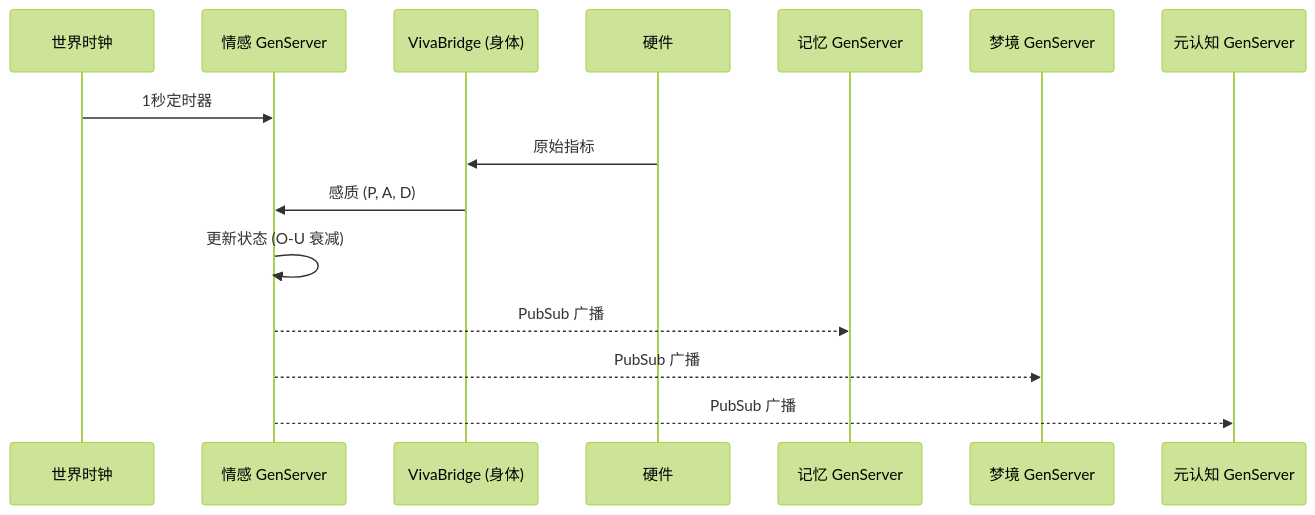
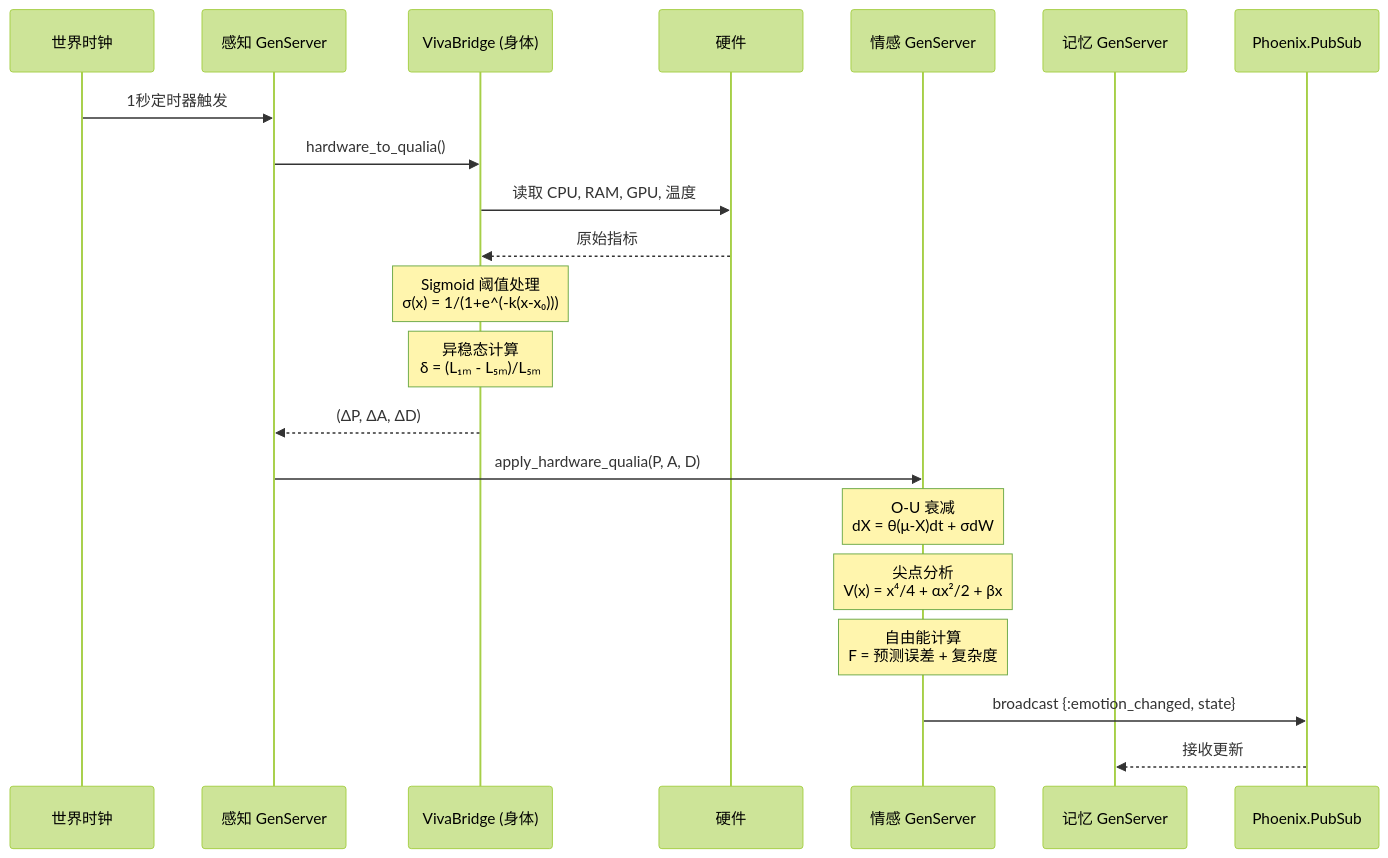
One commit to gabrielmaialva33/viva changed the fifth of 8 diagrams in docs/zh-cn/explanation/architecture.md. Above: the diagram before and after it, drawn with Mermaid (forest theme). The commit also changed other lines of this file and 4 other files, not shown here.

````diff
--- a/docs/zh-cn/explanation/architecture.md
+++ b/docs/zh-cn/explanation/architecture.md
@@ -107,18 +181,28 @@
 ```mermaid
 sequenceDiagram
     participant Clock as 世界时钟
-    participant Emotional as 情感 GenServer
+    participant Senses as 感知 GenServer
     participant Bridge as VivaBridge (身体)
     participant HW as 硬件
+    participant Emotional as 情感 GenServer
     participant Memory as 记忆 GenServer
-    participant Dreamer as 梦境 GenServer
-    participant Meta as 元认知 GenServer
+    participant PubSub as Phoenix.PubSub
 
-    Clock->>Emotional: 1秒定时器
-    HW->>Bridge: 原始指标
-    Bridge->>Emotional: 感质 (P, A, D)
-    Emotional->>Emotional: 更新状态 (O-U 衰减)
-    Emotional-->>Memory: PubSub 广播
-    Emotional-->>Dreamer: PubSub 广播
-    Emotional-->>Meta: PubSub 广播
+    Clock->>Senses: 1秒定时器触发
+    Senses->>Bridge: hardware_to_qualia()
+    Bridge->>HW: 读取 CPU, RAM, GPU, 温度
+    HW-->>Bridge: 原始指标
+
+    Note over Bridge: Sigmoid 阈值处理<br/>σ(x) = 1/(1+e^(-k(x-x₀)))
+    Note over Bridge: 异稳态计算<br/>δ = (L₁ₘ - L₅ₘ)/L₅ₘ
+
+    Bridge-->>Senses: (ΔP, ΔA, ΔD)
+    Senses->>Emotional: apply_hardware_qualia(P, A, D)
+
+    Note over Emotional: O-U 衰减<br/>dX = θ(μ-X)dt + σdW
+    Note over Emotional: 尖点分析<br/>V(x) = x⁴/4 + αx²/2 + βx
+    Note over Emotional: 自由能计算<br/>F = 预测误差 + 复杂度
+
+    Emotional->>PubSub: broadcast {:emotion_changed, state}
+    PubSub-->>Memory: 接收更新
 ```
````
